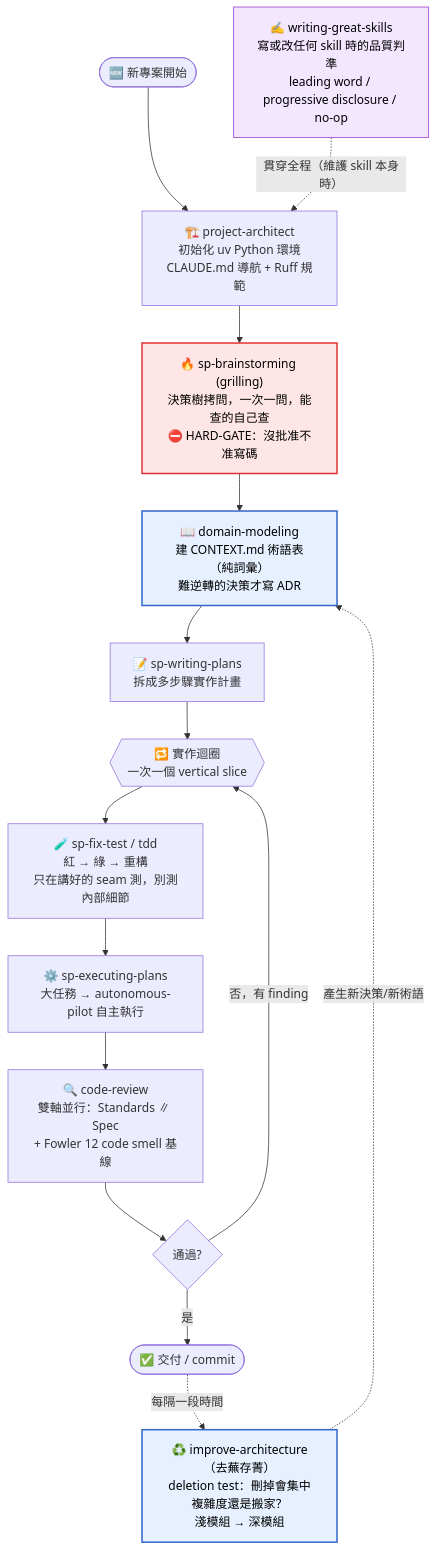
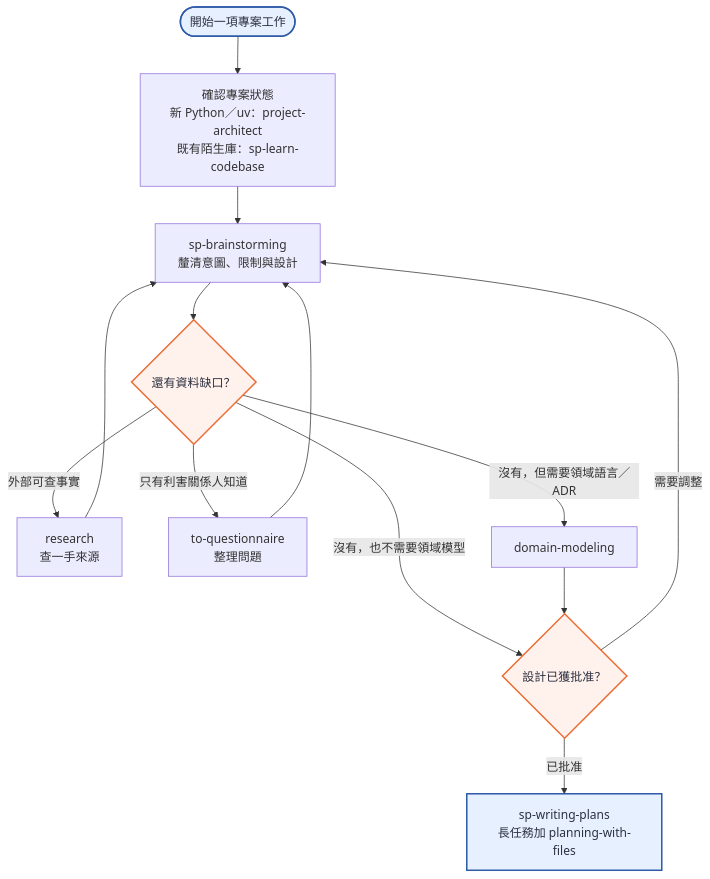
The first of 3 diagrams in 新專案工作流.md (ddmanyes/agent-skills-toolkit-zh-tw), drawn with Mermaid before and after one commit. The commit also changed other lines of this file, not shown here.

Commit message:
docs: rebuild project skill workflow

````diff
--- a/新專案工作流.md
+++ b/新專案工作流.md
@@ -7,35 +11,20 @@
 ```mermaid
 flowchart TD
-    Start([🆕 新專案開始]) --> Init["🏗️ project-architect<br/>初始化 uv Python 環境<br/>CLAUDE.md 導航 + Ruff 規範"]
+    Start([開始一項專案工作]) --> Context["確認專案狀態<br/>新 Python／uv：project-architect<br/>既有陌生庫：sp-learn-codebase"]
+    Context --> Brain["sp-brainstorming<br/>釐清意圖、限制與設計"]
+    Brain --> Gap{"還有資料缺口？"}
+    Gap -->|外部可查事實| Research["research<br/>查一手來源"]
+    Gap -->|只有利害關係人知道| Questions["to-questionnaire<br/>整理問題"]
+    Research --> Brain
+    Questions --> Brain
+    Gap -->|沒有，但需要領域語言／ADR| Domain["domain-modeling"]
+    Gap -->|沒有，也不需要領域模型| Approval{"設計已獲批准？"}
+    Domain --> Approval
+    Approval -->|需要調整| Brain
+    Approval -->|已批准| Plan["sp-writing-plans<br/>長任務加 planning-with-files"]
 
-    Init --> Brain["🔥 sp-brainstorming (grilling)<br/>決策樹拷問，一次一問，能查的自己查<br/>⛔ HARD-GATE：沒批准不准寫碼"]
-
-    Brain --> Domain["📖 domain-modeling<br/>建 CONTEXT.md 術語表（純詞彙）<br/>難逆轉的決策才寫 ADR"]
-
-    Domain --> Plan["📝 sp-writing-plans<br/>拆成多步驟實作計畫"]
-
-    Plan --> Loop{{🔁 實作迴圈<br/>一次一個 vertical slice}}
-
-    Loop --> TDD["🧪 sp-fix-test / tdd<br/>紅 → 綠 → 重構<br/>只在講好的 seam 測，別測內部細節"]
-
-    TDD --> Exec["⚙️ sp-executing-plans<br/>大任務 → autonomous-pilot 自主執行"]
-
-    Exec --> Review["🔍 code-review<br/>雙軸並行：Standards ∥ Spec<br/>+ Fowler 12 code smell 基線"]
-
-    Review --> Pass{通過?}
-    Pass -->|否，有 finding| Loop
-    Pass -->|是| Ship([✅ 交付 / commit])
-
-    Ship -. 每隔一段時間 .-> Arch["♻️ improve-architecture（去蕪存菁）<br/>deletion test：刪掉會集中複雜度還是搬家？<br/>淺模組 → 深模組"]
-    Arch -. 產生新決策/新術語 .-> Domain
-
-    Meta["✍️ writing-great-skills<br/>寫或改任何 skill 時的品質判準<br/>leading word / progressive disclosure / no-op"]
-    Meta -. 貫穿全程（維護 skill 本身時） .-> Init
-
-    classDef gate fill:#ffe6e6,stroke:#d33,stroke-width:2px,color:#000;
-    classDef newpj fill:#e6f0ff,stroke:#36c,stroke-width:2px,color:#000;
-    classDef meta fill:#f3e6ff,stroke:#93c,stroke-width:1px,color:#000;
-    class Brain gate;
-    class Domain,Arch newpj;
-    class Meta meta;
+    classDef startEnd fill:#e6f0ff,stroke:#2e5aa8,stroke-width:2px,color:#2d3142;
+    classDef gate fill:#fff1eb,stroke:#eb6c36,stroke-width:2px,color:#2d3142;
+    class Start,Plan startEnd;
+    class Gap,Approval gate;
 ```
````
